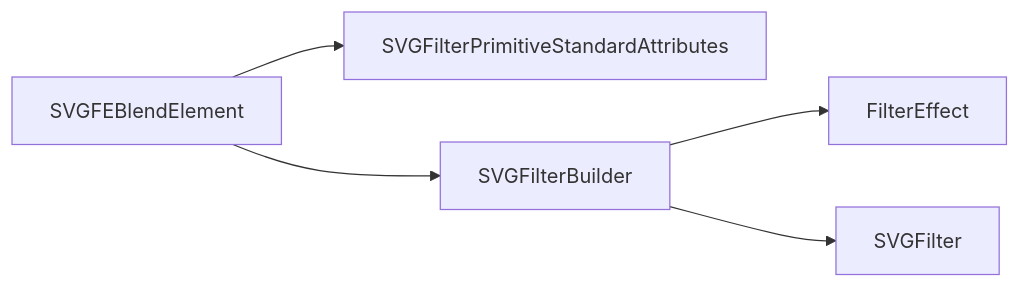
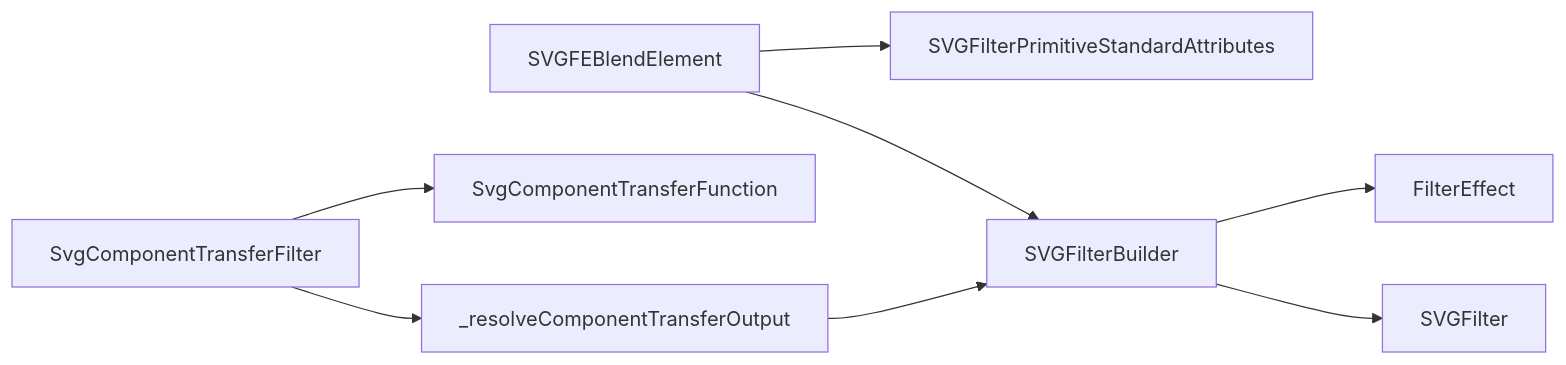
One commit to denisnadey/flutter_full_svg_support changed the tenth of 10 diagrams in .qoder/repowiki/en/content/Animated SVG Support/Advanced Animation Features/SVG Filters and Effects/Filter Architecture and Registry.md. Above: the diagram before and after it, drawn with Mermaid. The commit also changed other lines of this file and 20 other files, not shown here.

````diff
--- a/.qoder/repowiki/en/content/Animated SVG Support/Advanced Animation Features/SVG Filters and Effects/Filter Architecture and Registry.md
+++ b/.qoder/repowiki/en/content/Animated SVG Support/Advanced Animation Features/SVG Filters and Effects/Filter Architecture and Registry.md
@@ -299,7 +415,10 @@
 ```mermaid
 graph LR
 Blend["SVGFEBlendElement"] --> Std["SVGFilterPrimitiveStandardAttributes"]
 Blend --> Builder["SVGFilterBuilder"]
 Builder --> Eff["FilterEffect"]
 Builder --> Filter["SVGFilter"]
+CT["SvgComponentTransferFilter"] --> Func["SvgComponentTransferFunction"]
+CT --> Registry["_resolveComponentTransferOutput"]
+Registry --> Builder
 ```
````
